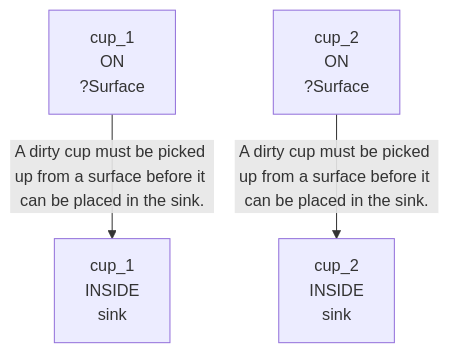
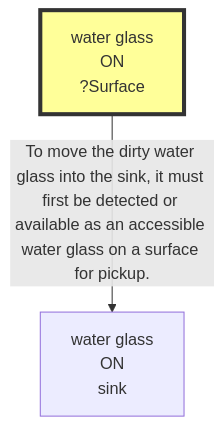
Before and after one commit to scuama/virtualhome: the first of 7 diagrams in evaluation/results/table1/_raw/robostate/run_T1_DYN_M1_03_low.md, drawn with Mermaid. The commit also changed other lines of this file and 96 other files, not shown here.

````diff
--- a/evaluation/results/table1/_raw/robostate/run_T1_DYN_M1_03_low.md
+++ b/evaluation/results/table1/_raw/robostate/run_T1_DYN_M1_03_low.md
@@ -72,9 +97,7 @@
 ```mermaid
 graph TD
-    N1["cup_1<br>ON<br>?Surface"]
-    N2["cup_1<br>INSIDE<br>sink"]
-    N3["cup_2<br>ON<br>?Surface"]
-    N4["cup_2<br>INSIDE<br>sink"]
-    N1 -->|"A dirty cup must be picked up from a surface before it can be placed in the sink."| N2
-    N3 -->|"A dirty cup must be picked up from a surface before it can be placed in the sink."| N4
+    N1["water glass<br>ON<br>?Surface"]
+    style N1 fill:#ff9,stroke:#333,stroke-width:4px
+    N2["water glass<br>ON<br>sink"]
+    N1 -->|"To move the dirty water glass into the sink, it must first be detected or available as an accessible water glass on a surface for pickup."| N2
 ```
````
